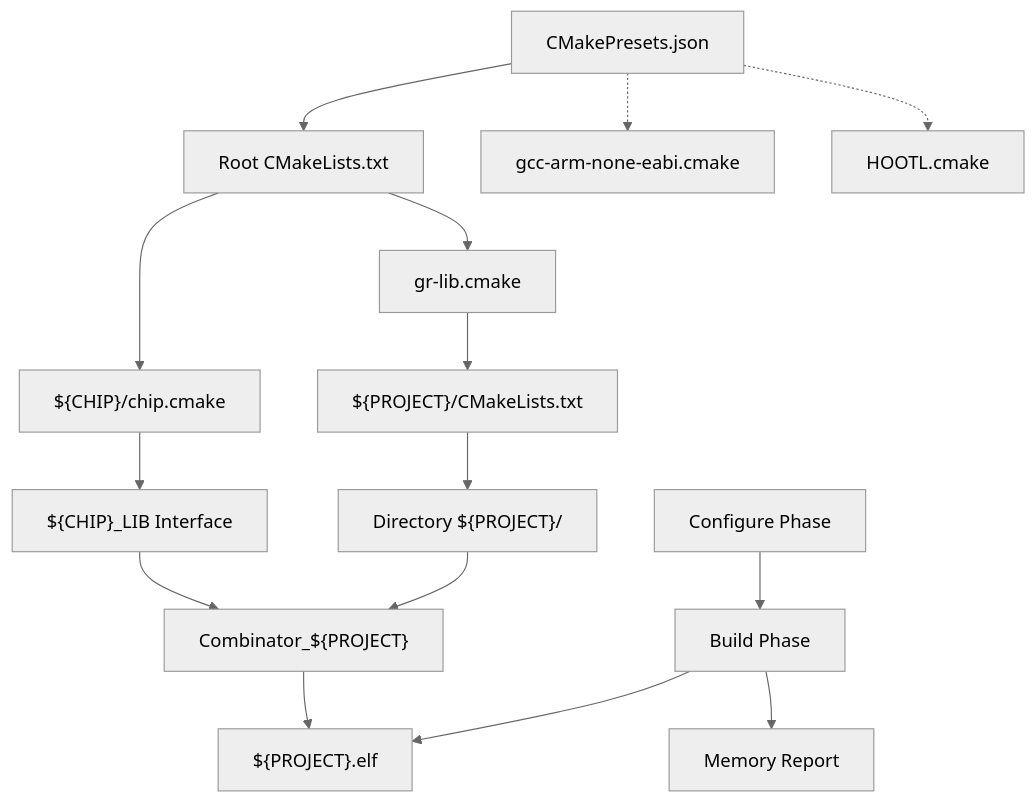
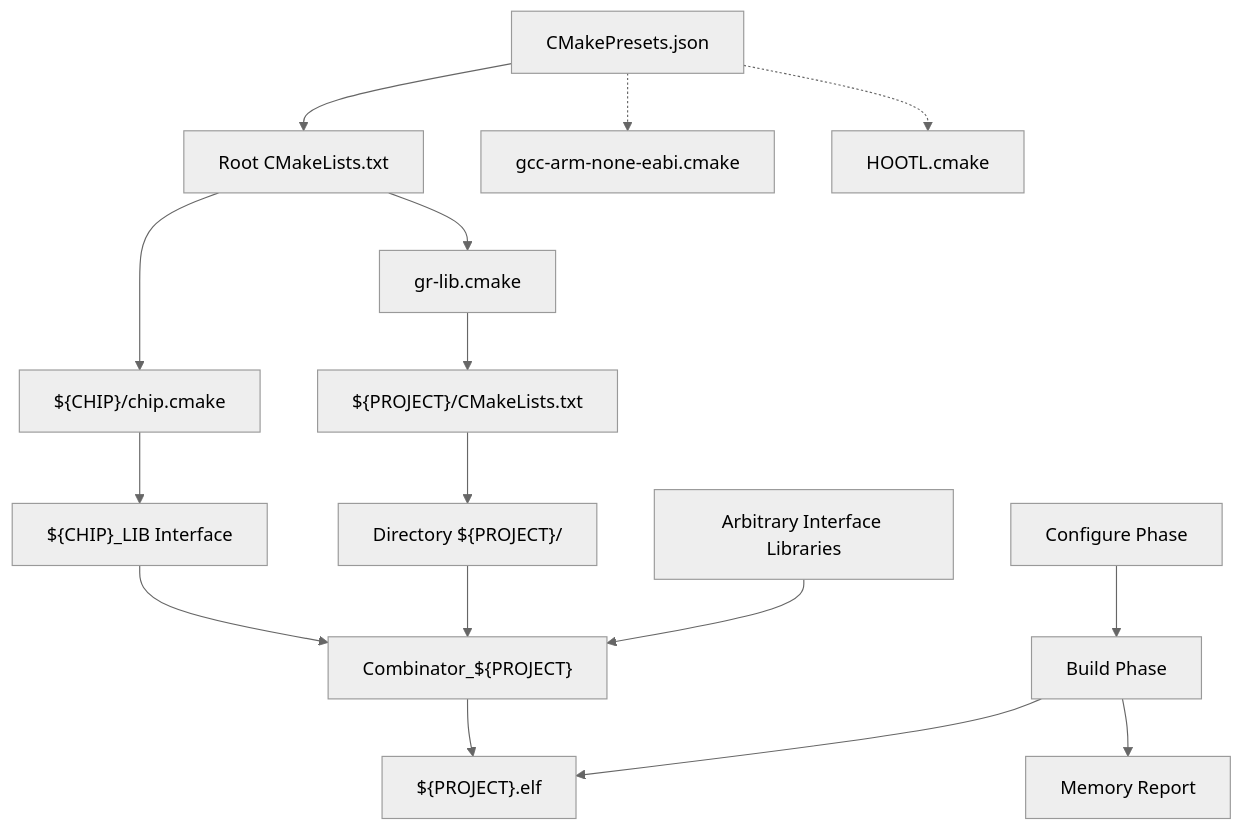
One commit to Gaucho-Racing/Firmware changed the diagram in CMAKE.md. Above: the diagram before and after it, drawn with Mermaid (neutral theme).

Commit message:
Add diagram for Arbitrary INTERFACE Libraries in CMake documentation

````diff
--- a/CMAKE.md
+++ b/CMAKE.md
@@ -69,28 +69,31 @@
 ```mermaid
 flowchart TD
    %% Configuration Layer
    Presets["CMakePresets.json"] --> Root["Root CMakeLists.txt"]
    Presets -.-> Toolchain1["gcc-arm-none-eabi.cmake"]
    Presets -.-> Toolchain2["HOOTL.cmake"]
 
    %% Core Flow
    Root --> GRLib["gr-lib.cmake"]
    Root --> ChipConfig["${CHIP}/chip.cmake"]
 
    %% Platform & Project
    GRLib --> ProjectCMake["${PROJECT}/CMakeLists.txt"]
    ChipConfig --> PlatformLib["${CHIP}_LIB Interface"]
 
    %% Linking
    ProjectCMake --> UserCode["Directory ${PROJECT}/"]
    PlatformLib --> Combinator["Combinator_${PROJECT}"]
    UserCode --> Combinator
 
+   %% Arbitrary Interface Libraries
+   ArbitraryLibs["Arbitrary Interface Libraries"] --> Combinator
+
    %% Output
    Combinator --> Executable["${PROJECT}.elf"]
 
    %% Build Process
    Configure["Configure Phase"] --> Build["Build Phase"]
    Build --> Memory["Memory Report"]
    Build --> Executable
 ```
````
